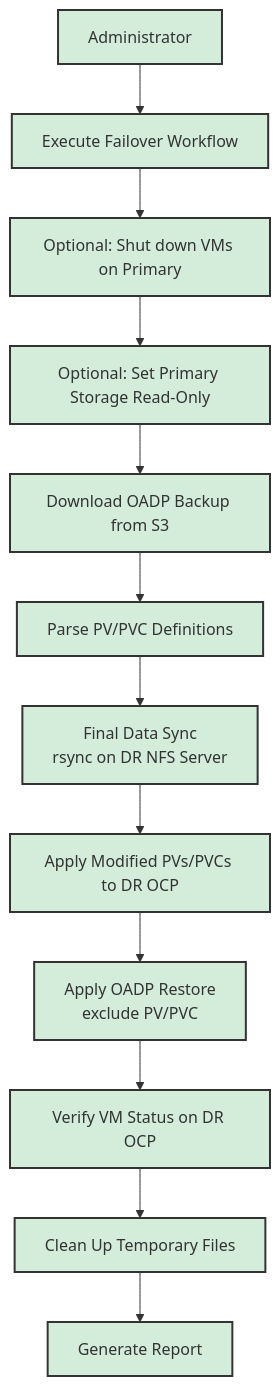
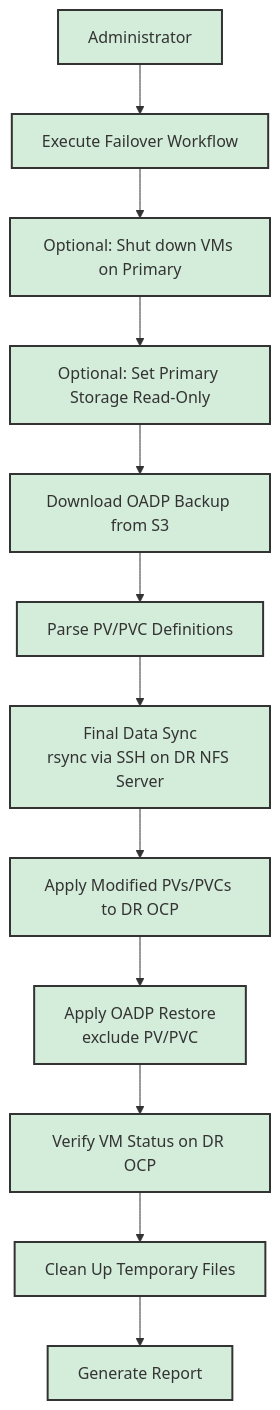
The third of 3 diagrams in planning/ansible-dr-design.md (wangzheng422/ansible-dr-demo), drawn with Mermaid before and after one commit. The commit also changed other lines of this file and 2 other files, not shown here.

````diff
--- a/planning/ansible-dr-design.md
+++ b/planning/ansible-dr-design.md
@@ -90,27 +90,27 @@
 ```mermaid
 graph TD
     I[Administrator] --> J[Execute Failover Workflow];
     J --> K[Optional: Shut down VMs on Primary];
     K --> L[Optional: Set Primary Storage Read-Only];
     L --> M[Download OADP Backup from S3];
     M --> N[Parse PV/PVC Definitions];
-    N --> O[Final Data Sync<br>rsync on DR NFS Server];
+    N --> O[Final Data Sync<br>rsync via SSH on DR NFS Server];
     O --> P[Apply Modified PVs/PVCs to DR OCP];
     P --> Q[Apply OADP Restore<br>exclude PV/PVC];
     Q --> R[Verify VM Status on DR OCP];
     R --> T[Clean Up Temporary Files];
     T --> U[Generate Report];
 
     style I fill:#d4edda,stroke:#333,stroke-width:2px
     style J fill:#d4edda,stroke:#333,stroke-width:2px
     style K fill:#d4edda,stroke:#333,stroke-width:2px
     style L fill:#d4edda,stroke:#333,stroke-width:2px
     style M fill:#d4edda,stroke:#333,stroke-width:2px
     style N fill:#d4edda,stroke:#333,stroke-width:2px
     style O fill:#d4edda,stroke:#333,stroke-width:2px
     style P fill:#d4edda,stroke:#333,stroke-width:2px
     style Q fill:#d4edda,stroke:#333,stroke-width:2px
     style R fill:#d4edda,stroke:#333,stroke-width:2px
     style T fill:#d4edda,stroke:#333,stroke-width:2px
     style U fill:#d4edda,stroke:#333,stroke-width:2px
 ```
````
